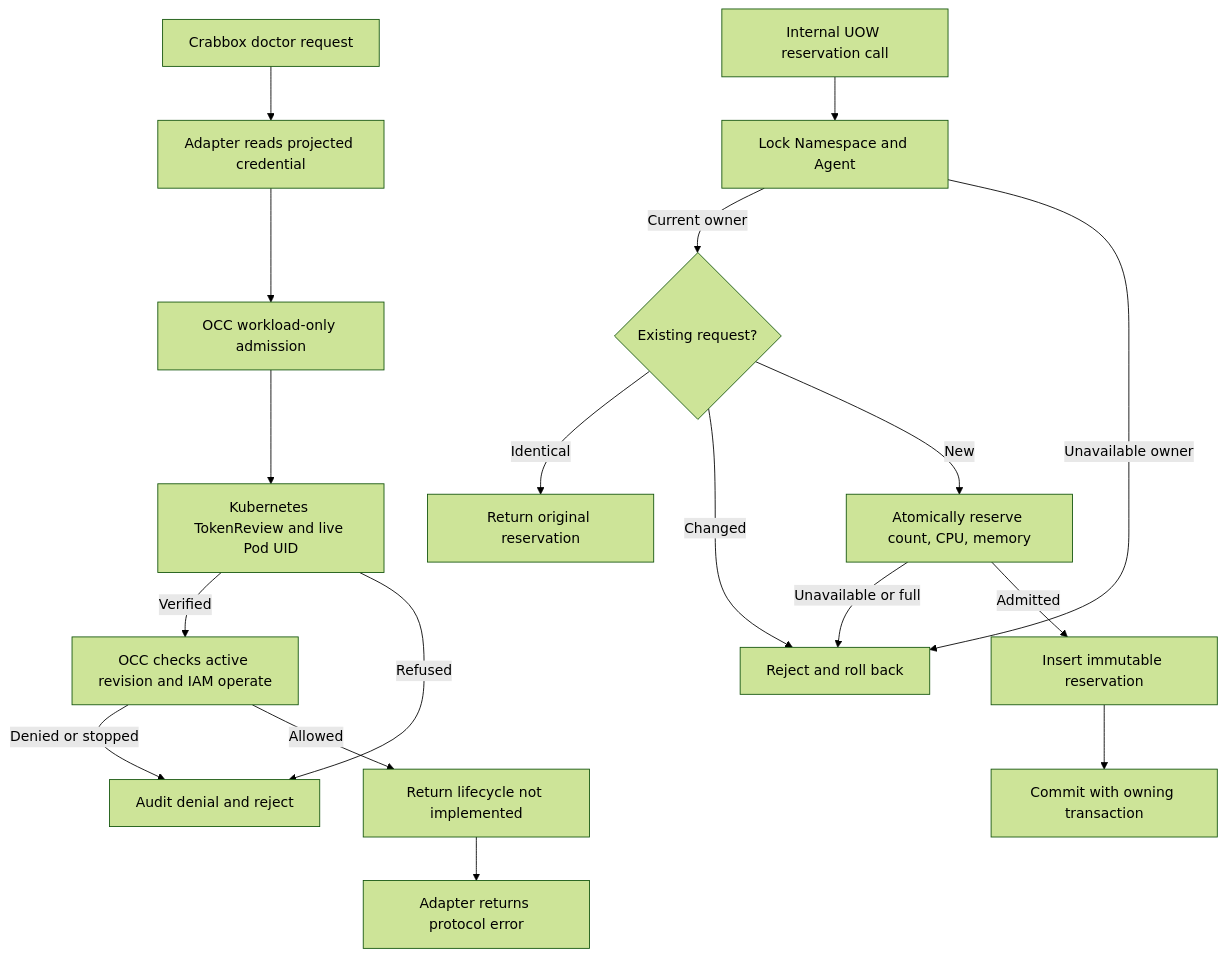
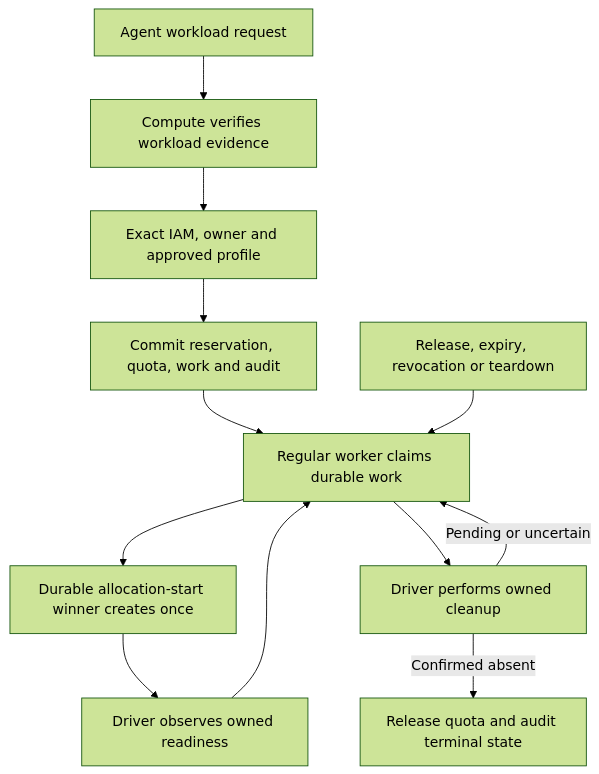
Before and after one commit to raw-labs/openclaw-enterprise: the diagram in docs/flows/temporary-environment-readiness.md, drawn with Mermaid (forest theme). The commit also changed other lines of this file and 55 other files, not shown here.

Commit message:
feat(temporary-environments): connect durable lifecycle and Crabbox adapter

````diff
--- a/docs/flows/temporary-environment-readiness.md
+++ b/docs/flows/temporary-environment-readiness.md
@@ -30,20 +32,14 @@
 ```mermaid
 graph TD
-  A["Crabbox doctor request"] --> B["Adapter reads projected credential"]
-  B --> C["OCC workload-only admission"]
-  C --> D["Kubernetes TokenReview and live Pod UID"]
-  D -->|Verified| E["OCC checks active revision and IAM operate"]
-  D -->|Refused| F["Audit denial and reject"]
-  E -->|Denied or stopped| F
-  E -->|Allowed| G["Return lifecycle not implemented"]
-  G --> H["Adapter returns protocol error"]
-  U["Internal UOW reservation call"] --> L["Lock Namespace and Agent"]
-  L -->|Current owner| R{"Existing request?"}
-  L -->|Unavailable owner| X
-  R -->|Identical| S["Return original reservation"]
-  R -->|Changed| X["Reject and roll back"]
-  R -->|New| Q["Atomically reserve count, CPU, memory"]
-  Q -->|Unavailable or full| X
-  Q -->|Admitted| P["Insert immutable reservation"]
-  P --> T["Commit with owning transaction"]
+  A["Agent workload request"] --> B["Compute verifies workload evidence"]
+  B --> C["Exact IAM, owner and approved profile"]
+  C --> D["Commit reservation, quota, work and audit"]
+  D --> E["Regular worker claims durable work"]
+  E --> F["Durable allocation-start winner creates once"]
+  F --> G["Driver observes owned readiness"]
+  G --> E
+  H["Release, expiry, revocation or teardown"] --> E
+  E --> I["Driver performs owned cleanup"]
+  I -->|Pending or uncertain| E
+  I -->|Confirmed absent| J["Release quota and audit terminal state"]
 ```
````
